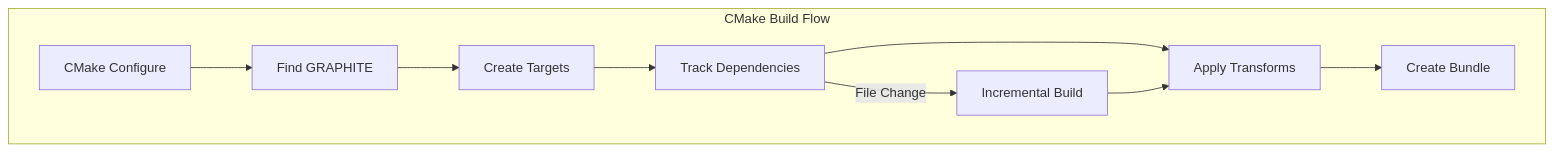
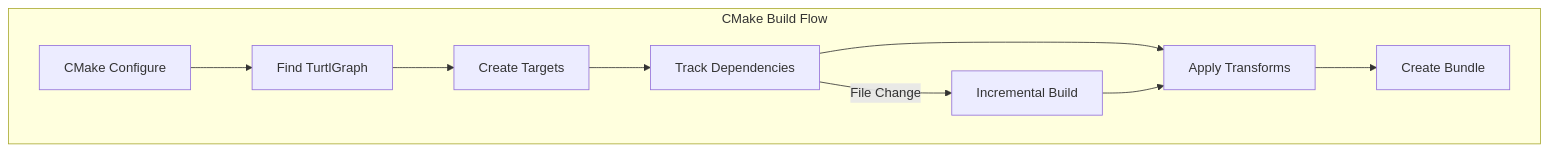
Before and after one commit to turtlgraph/docs: the first of 6 diagrams in volumes/volume-3-advanced-systems/part-8-performance-optimization.md, drawn with Mermaid. The commit also changed other lines of this file and 10 other files, not shown here.

First line of the commit message:
docs: Replace all GRAPHITE references with TurtlGraph/HyperDAG

````diff
--- a/volumes/volume-3-advanced-systems/part-8-performance-optimization.md
+++ b/volumes/volume-3-advanced-systems/part-8-performance-optimization.md
@@ -55,13 +55,13 @@
 ```mermaid
 graph TD
     subgraph "CMake Build Flow"
-        CMAKE[CMake Configure] --> FIND[Find GRAPHITE]
+        CMAKE[CMake Configure] --> FIND[Find TurtlGraph]
         FIND --> TARGETS[Create Targets]
         TARGETS --> DEPS[Track Dependencies]
         DEPS --> TRANSFORMS[Apply Transforms]
         TRANSFORMS --> BUNDLE[Create Bundle]
         
         DEPS --> |File Change| INCREMENTAL[Incremental Build]
         INCREMENTAL --> TRANSFORMS
     end
 ```
````
